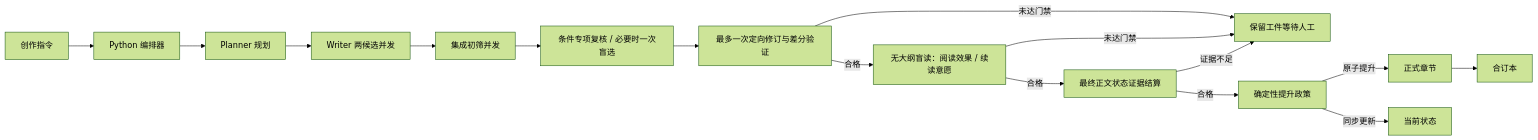
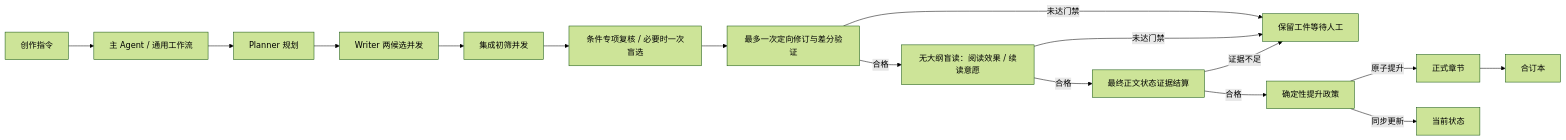
One commit to cyanrbt/novel-prequel changed the diagram in README.md. Above: the diagram before and after it, drawn with Mermaid (forest theme). The commit also changed other lines of this file and 19 other files, not shown here.

````diff
--- a/README.md
+++ b/README.md
@@ -29,18 +29,18 @@
 ```mermaid
 flowchart LR
-    U[创作指令] --> O[Python 编排器]
+    U[创作指令] --> O[主 Agent / 通用工作流]
     O --> P[Planner 规划]
     P --> W[Writer 两候选并发]
     W --> R[集成初筛并发]
     R --> B[条件专项复核 / 必要时一次盲选]
     B --> V[最多一次定向修订与差分验证]
     V -->|未达门禁| H[保留工件等待人工]
     V -->|合格| T[无大纲盲读：阅读效果 / 续读意愿]
     T -->|合格| E[最终正文状态证据结算]
     T -->|未达门禁| H
     E -->|证据不足| H
     E -->|合格| G[确定性提升政策]
     G -->|原子提升| C[正式章节]
     G -->|同步更新| S[当前状态]
     C --> M[合订本]
 ```
````
